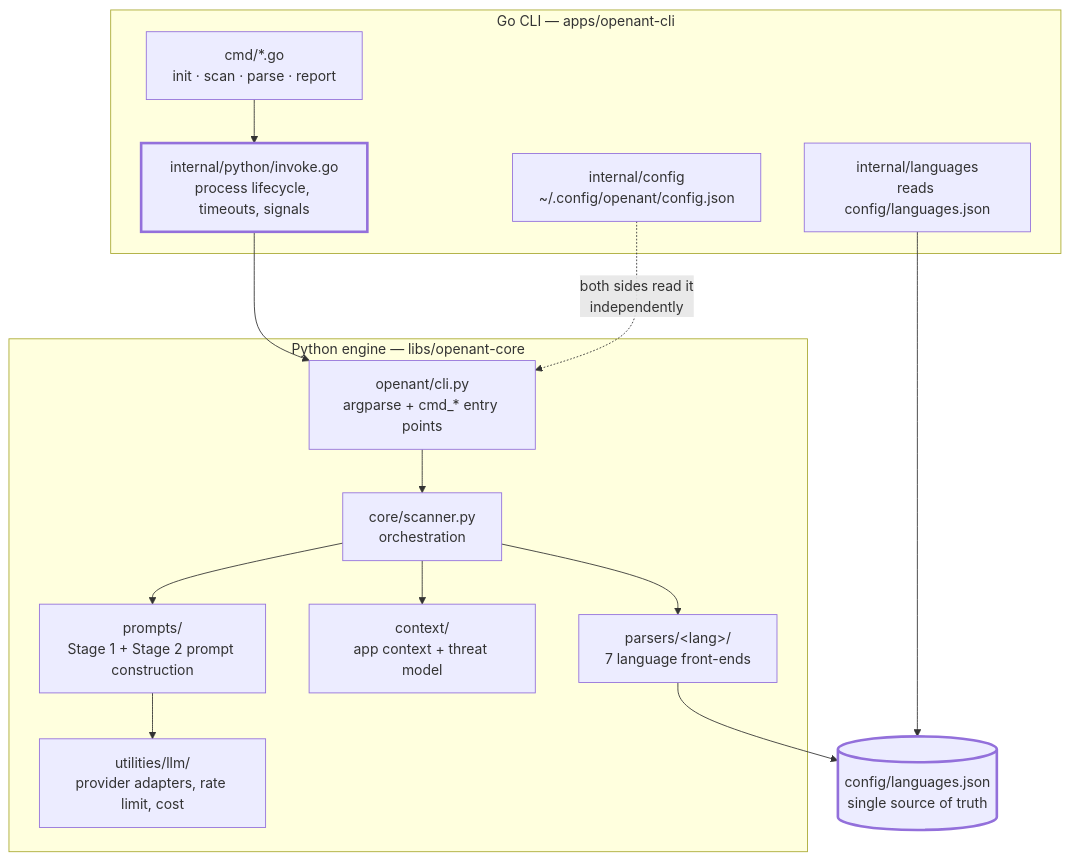
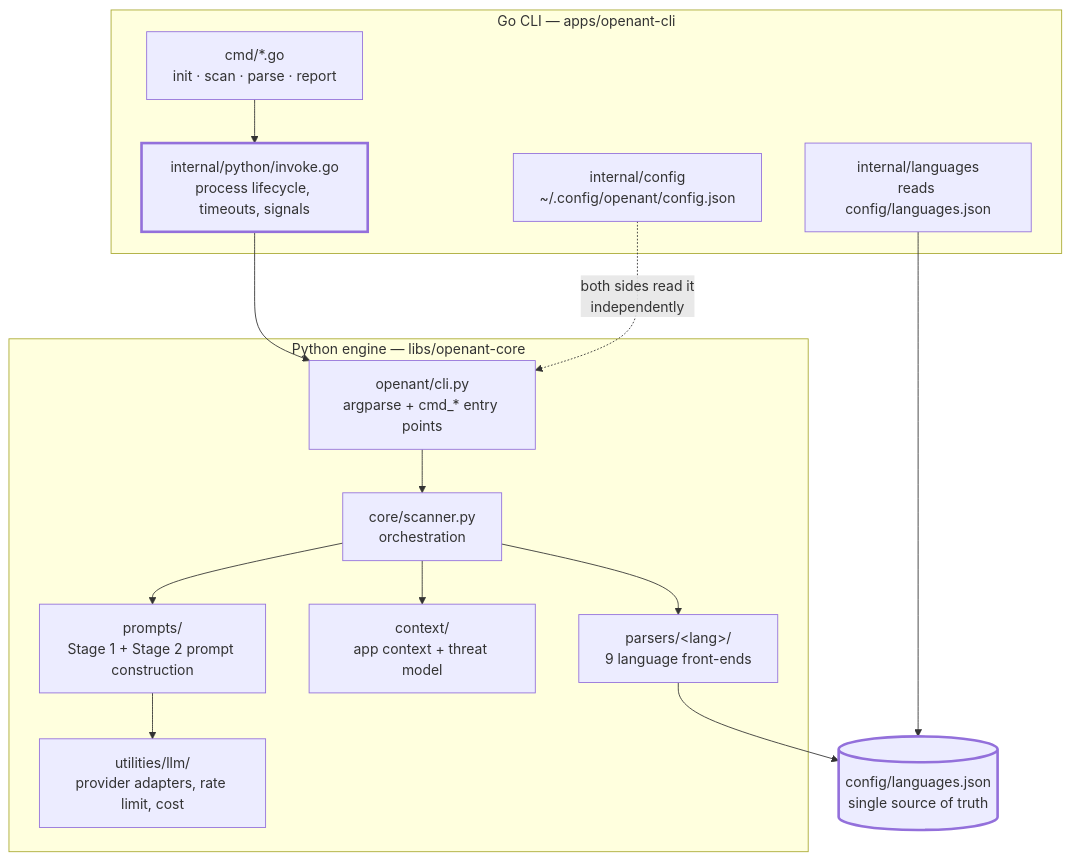
Before and after one commit to knostic/OpenAnt: the first of 4 diagrams in ARCHITECTURE.md, drawn with Mermaid.

Commit message:
docs(architecture): 9 language front-ends (Swift + Rust added since)
The parsers node said "7 language front-ends"; there are now 9 parser
dirs and 9 config/languages.json entries (c, go, javascript, php, python,
ruby, rust, swift, zig).

````diff
--- a/ARCHITECTURE.md
+++ b/ARCHITECTURE.md
@@ -19,30 +19,30 @@
 ```mermaid
 flowchart TB
     subgraph go["Go CLI — apps/openant-cli"]
         cmd["cmd/*.go<br/>init · scan · parse · report"]
         invoke["internal/python/invoke.go<br/>process lifecycle, timeouts, signals"]
         gocfg["internal/config<br/>~/.config/openant/config.json"]
         golang_["internal/languages<br/>reads config/languages.json"]
     end
 
     subgraph py["Python engine — libs/openant-core"]
         cli["openant/cli.py<br/>argparse + cmd_* entry points"]
         scanner["core/scanner.py<br/>orchestration"]
-        parsers["parsers/&lt;lang&gt;/<br/>7 language front-ends"]
+        parsers["parsers/&lt;lang&gt;/<br/>9 language front-ends"]
         ctx["context/<br/>app context + threat model"]
         prompts["prompts/<br/>Stage 1 + Stage 2 prompt construction"]
         llm["utilities/llm/<br/>provider adapters, rate limit, cost"]
     end
 
     reg[("config/languages.json<br/>single source of truth")]
 
     cmd --> invoke --> cli --> scanner
     scanner --> parsers & ctx & prompts
     prompts --> llm
     golang_ --> reg
     parsers --> reg
     gocfg -.->|"both sides read it<br/>independently"| cli
 
     classDef seam stroke-width:3px
     class reg,invoke seam
 ```
````
